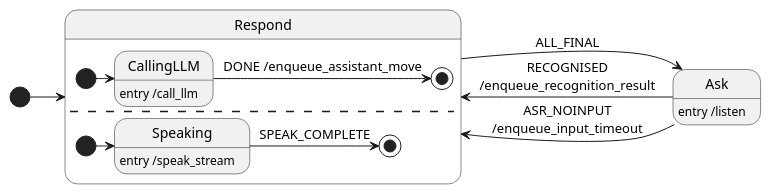
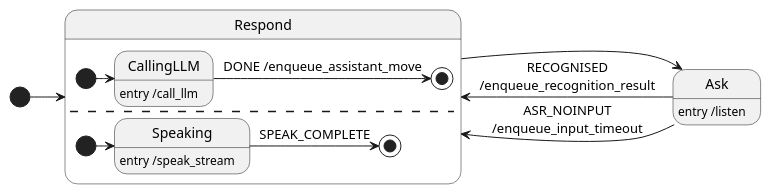
Before and after one commit to GU-CLASP/sisu: the first of 5 diagrams in reports/iwsds2025/iwsds2025.org, drawn with PlantUML. The commit also changed other lines of this file and 1 other file, not shown here.

```diff
--- a/reports/iwsds2025/iwsds2025.org
+++ b/reports/iwsds2025/iwsds2025.org
@@ -102,16 +111,16 @@
 #+begin_src plantuml :results value file :file img/statechart.pdf :exports results
 [*] -> Respond
 state Respond {
   [*] -> CallingLLM
   CallingLLM: entry /call_llm
   CallingLLM -> [*]: DONE /enqueue_assistant_move
   --
   [*] -> Speaking
   Speaking: entry /speak_stream
   Speaking -> [*]: SPEAK_COMPLETE
 }
 Ask -> Respond: RECOGNISED\n/enqueue_recognition_result
 Ask -> Respond: ASR_NOINPUT\n/enqueue_input_timeout
-Respond -> Ask: ALL_FINAL
+Respond -> Ask
 Ask: entry /listen
 #+end_src
```
